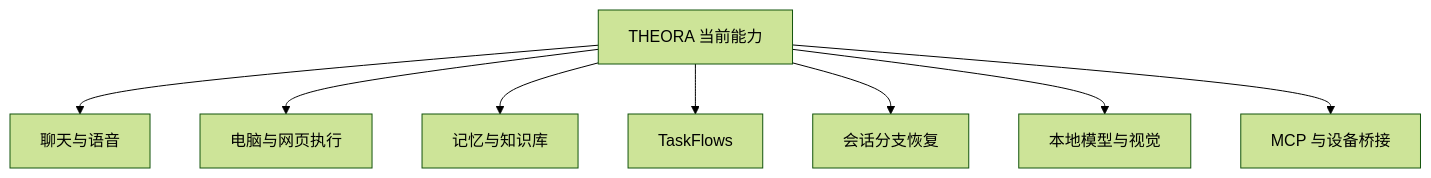
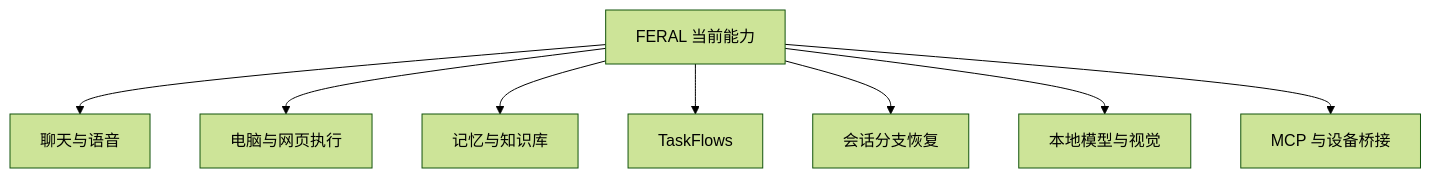
One commit to Spatial-AgenticOS/ASOS changed the second of 3 diagrams in docs/ONE_PAGER_ZH.md. Above: the diagram before and after it, drawn with Mermaid (forest theme). The commit also changed other lines of this file and 550 other files, not shown here.

First line of the commit message:
rebrand: THEORA/ASOS -> FERAL — AI off the leash

````diff
--- a/docs/ONE_PAGER_ZH.md
+++ b/docs/ONE_PAGER_ZH.md
@@ -51,11 +51,11 @@
 ```mermaid
 flowchart TD
-  theoraNow[THEORA 当前能力]
-  theoraNow --> conversation[聊天与语音]
-  theoraNow --> actions[电脑与网页执行]
-  theoraNow --> memoryCap[记忆与知识库]
-  theoraNow --> workflows[TaskFlows]
-  theoraNow --> sessions[会话分支恢复]
-  theoraNow --> localAi[本地模型与视觉]
-  theoraNow --> bridges[MCP 与设备桥接]
+  feralNow[FERAL 当前能力]
+  feralNow --> conversation[聊天与语音]
+  feralNow --> actions[电脑与网页执行]
+  feralNow --> memoryCap[记忆与知识库]
+  feralNow --> workflows[TaskFlows]
+  feralNow --> sessions[会话分支恢复]
+  feralNow --> localAi[本地模型与视觉]
+  feralNow --> bridges[MCP 与设备桥接]
 ```
````
